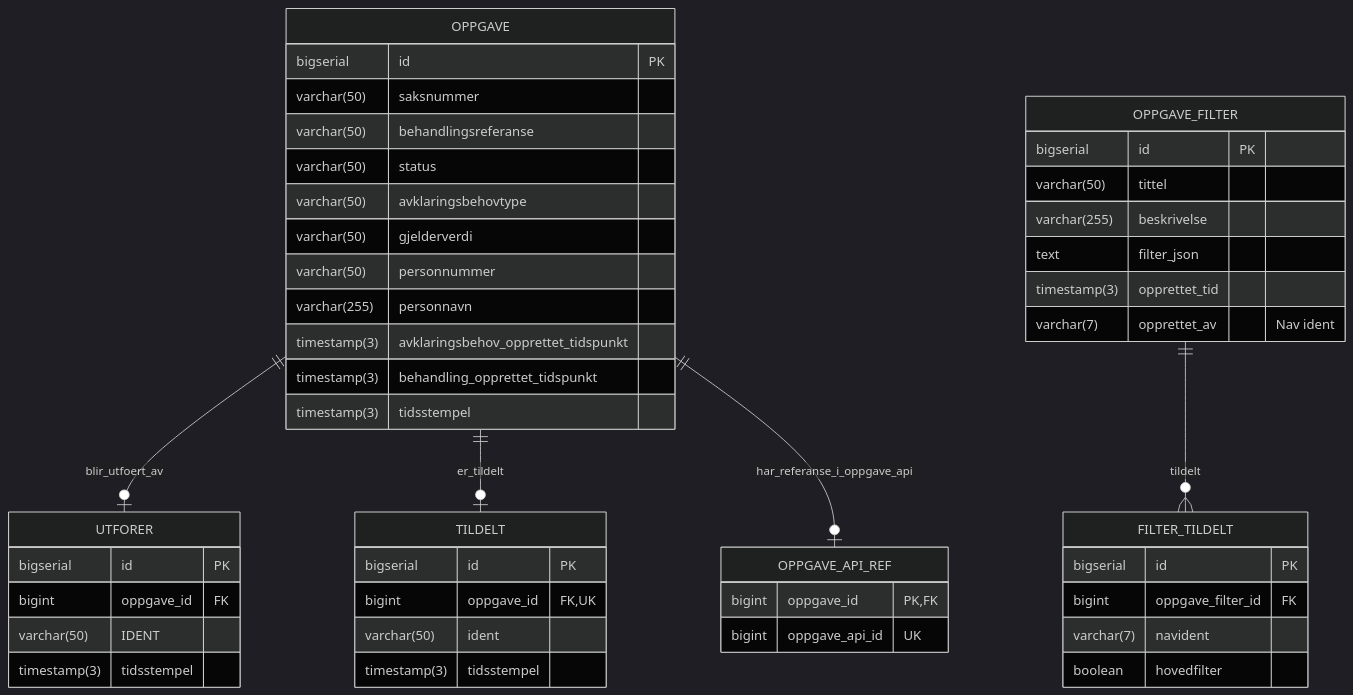
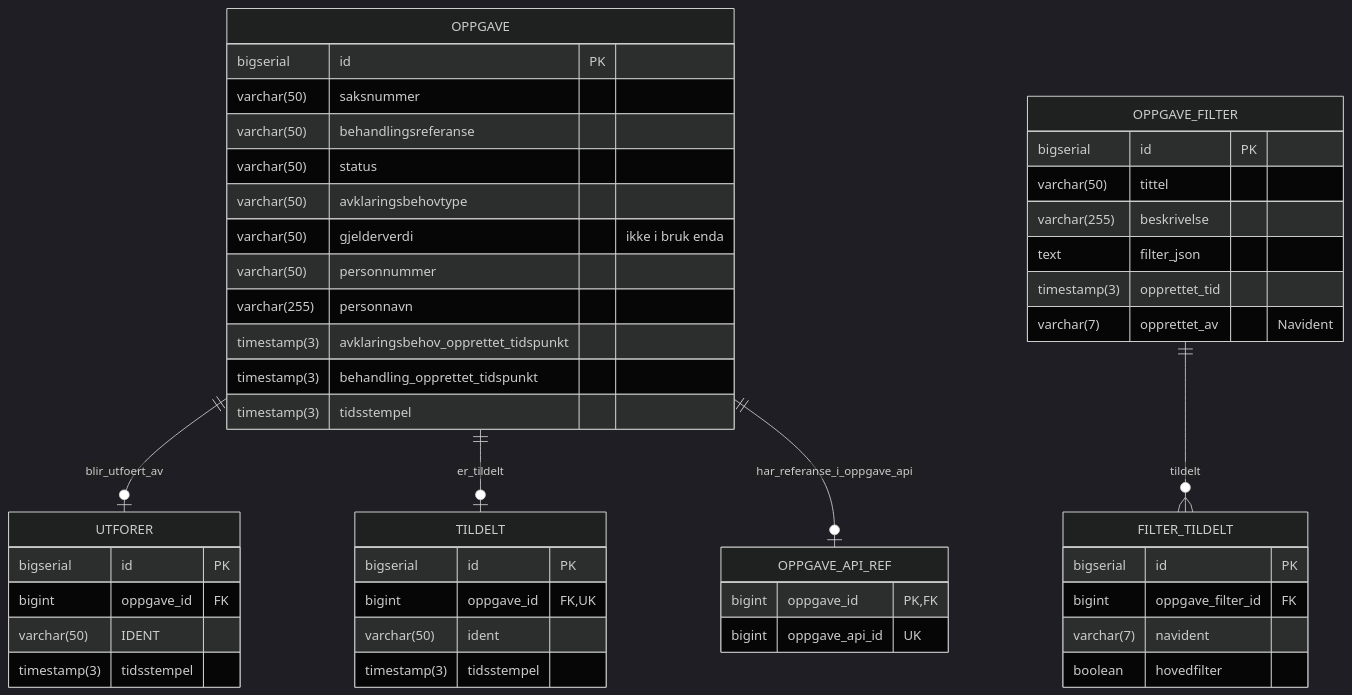
One commit to navikt/aap-intern-sysdok changed the third of 3 diagrams in docs/funksjonalitet/07_Oppgavestyring/teknisk.md. Above: the diagram before and after it, drawn with Mermaid (dark theme). The commit also changed other lines of this file, not shown here.

````diff
--- a/docs/funksjonalitet/07_Oppgavestyring/teknisk.md
+++ b/docs/funksjonalitet/07_Oppgavestyring/teknisk.md
@@ -8,50 +57,50 @@
 ```mermaid
 erDiagram
   OPPGAVE ||--o| UTFORER : blir_utfoert_av
   OPPGAVE ||--o| TILDELT : er_tildelt
   OPPGAVE ||--o| OPPGAVE_API_REF : har_referanse_i_oppgave_api
   OPPGAVE {
     bigserial id PK
     varchar(50) saksnummer
     varchar(50) behandlingsreferanse
     varchar(50) status
     varchar(50) avklaringsbehovtype
-    varchar(50) gjelderverdi
+    varchar(50) gjelderverdi "ikke i bruk enda"
     varchar(50) personnummer
     varchar(255) personnavn
     timestamp(3) avklaringsbehov_opprettet_tidspunkt
     timestamp(3) behandling_opprettet_tidspunkt
     timestamp(3) tidsstempel
   }
   UTFORER {
     bigserial id PK
     bigint oppgave_id FK
     varchar(50) IDENT
     timestamp(3) tidsstempel
   }
   TILDELT {
     bigserial id PK
     bigint oppgave_id FK, UK
     varchar(50) ident
     timestamp(3) tidsstempel
   }
   OPPGAVE_API_REF {
     bigint oppgave_id PK, FK
     bigint oppgave_api_id UK
   }
   OPPGAVE_FILTER ||--o{ FILTER_TILDELT : tildelt
   OPPGAVE_FILTER {
     bigserial id PK
     varchar(50) tittel
     varchar(255) beskrivelse
     text filter_json
     timestamp(3) opprettet_tid
-    varchar(7) opprettet_av "Nav ident"  
+    varchar(7) opprettet_av "Navident"  
   }
   FILTER_TILDELT {
     bigserial id PK
     bigint oppgave_filter_id FK
     varchar(7) navident
     boolean hovedfilter
   }
 ```
````
